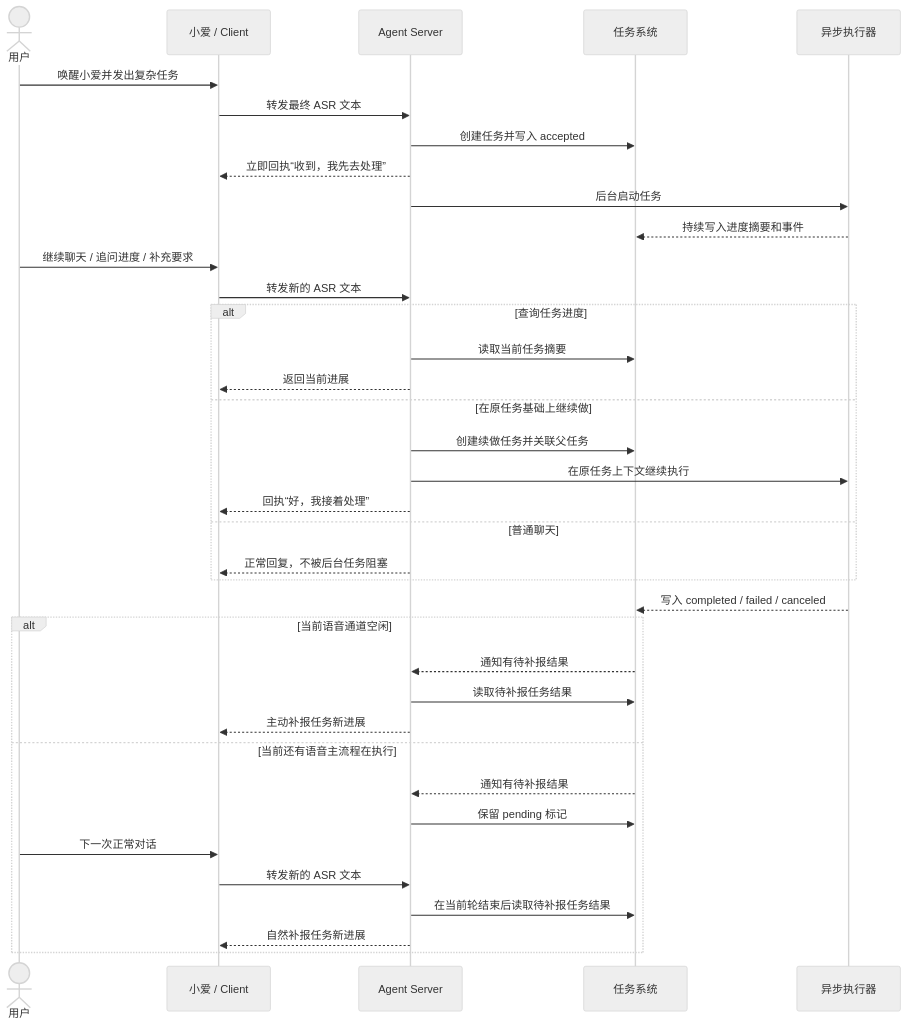
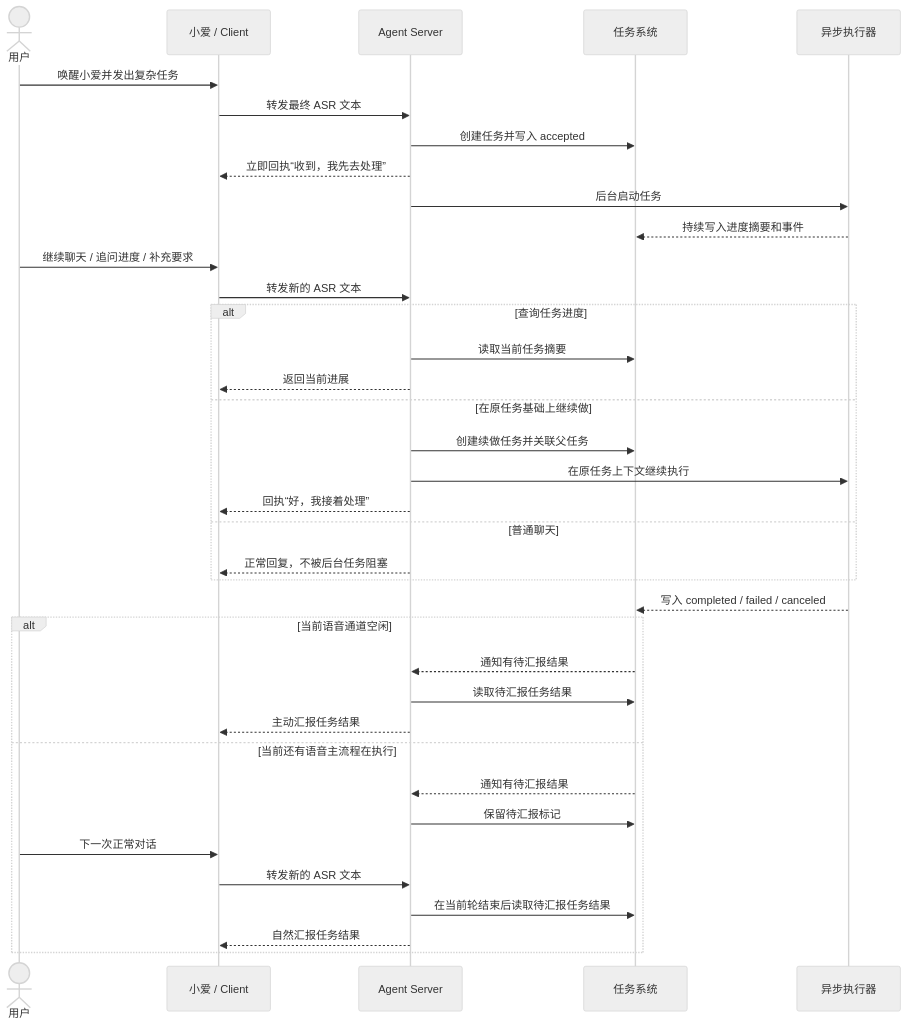
Before and after one commit to luoliwoshang/open-xiaoai-agent: the diagram in docs/async-tasks.md, drawn with Mermaid (neutral theme). The commit also changed other lines of this file and 17 other files, not shown here.

````diff
--- a/docs/async-tasks.md
+++ b/docs/async-tasks.md
@@ -35,44 +35,44 @@
 ```mermaid
 sequenceDiagram
     actor User as 用户
     participant Device as 小爱 / Client
     participant Agent as Agent Server
     participant Tasks as 任务系统
     participant Runner as 异步执行器
 
     User->>Device: 唤醒小爱并发出复杂任务
     Device->>Agent: 转发最终 ASR 文本
     Agent->>Tasks: 创建任务并写入 accepted
     Agent-->>Device: 立即回执“收到，我先去处理”
     Agent->>Runner: 后台启动任务
     Runner-->>Tasks: 持续写入进度摘要和事件
 
     User->>Device: 继续聊天 / 追问进度 / 补充要求
     Device->>Agent: 转发新的 ASR 文本
 
     alt 查询任务进度
         Agent->>Tasks: 读取当前任务摘要
         Agent-->>Device: 返回当前进展
     else 在原任务基础上继续做
         Agent->>Tasks: 创建续做任务并关联父任务
         Agent->>Runner: 在原任务上下文继续执行
         Agent-->>Device: 回执“好，我接着处理”
     else 普通聊天
         Agent-->>Device: 正常回复，不被后台任务阻塞
     end
 
     Runner-->>Tasks: 写入 completed / failed / canceled
 
     alt 当前语音通道空闲
-        Tasks-->>Agent: 通知有待补报结果
-        Agent->>Tasks: 读取待补报任务结果
-        Agent-->>Device: 主动补报任务新进展
+        Tasks-->>Agent: 通知有待汇报结果
+        Agent->>Tasks: 读取待汇报任务结果
+        Agent-->>Device: 主动汇报任务结果
     else 当前还有语音主流程在执行
-        Tasks-->>Agent: 通知有待补报结果
-        Agent->>Tasks: 保留 pending 标记
+        Tasks-->>Agent: 通知有待汇报结果
+        Agent->>Tasks: 保留待汇报标记
         User->>Device: 下一次正常对话
         Device->>Agent: 转发新的 ASR 文本
-        Agent->>Tasks: 在当前轮结束后读取待补报任务结果
-        Agent-->>Device: 自然补报任务新进展
+        Agent->>Tasks: 在当前轮结束后读取待汇报任务结果
+        Agent-->>Device: 自然汇报任务结果
     end
 ```
````
